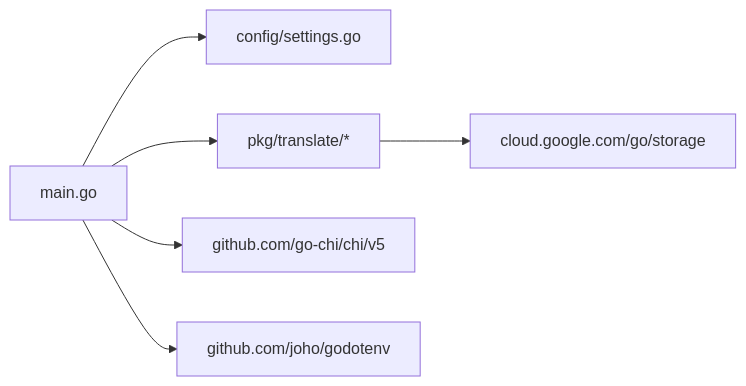
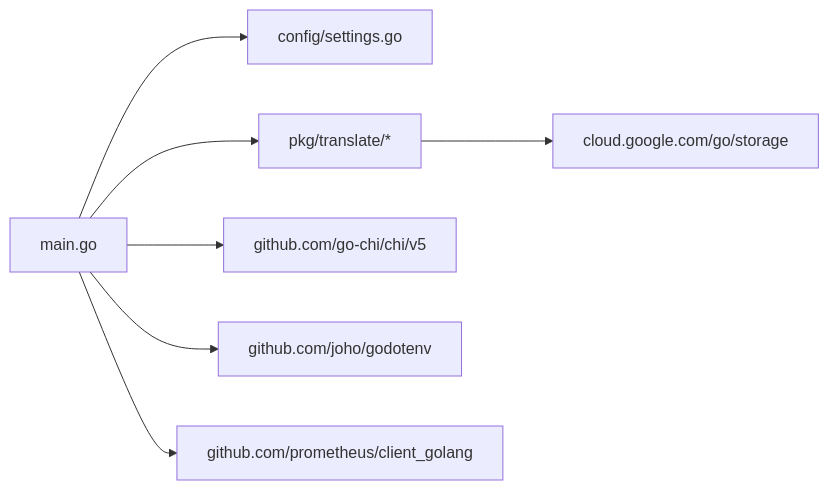
One commit to flying1574/S3Proxy4GCS changed diagram 11 of 11 in .qoder/repowiki/zh/content/项目概述/技术架构.md. Above: the diagram before and after it, drawn with Mermaid. The commit also changed other lines of this file and 5 other files, not shown here.

````diff
--- a/.qoder/repowiki/zh/content/项目概述/技术架构.md
+++ b/.qoder/repowiki/zh/content/项目概述/技术架构.md
@@ -350,8 +458,9 @@
 ```mermaid
 graph LR
 M["main.go"] --> CFG["config/settings.go"]
 M --> TR["pkg/translate/*"]
-TR --> GCS["cloud.google.com/go/storage"]
 M --> CHI["github.com/go-chi/chi/v5"]
 M --> DOTENV["github.com/joho/godotenv"]
+M --> PROM["github.com/prometheus/client_golang"]
+TR --> GCS["cloud.google.com/go/storage"]
 ```
````
